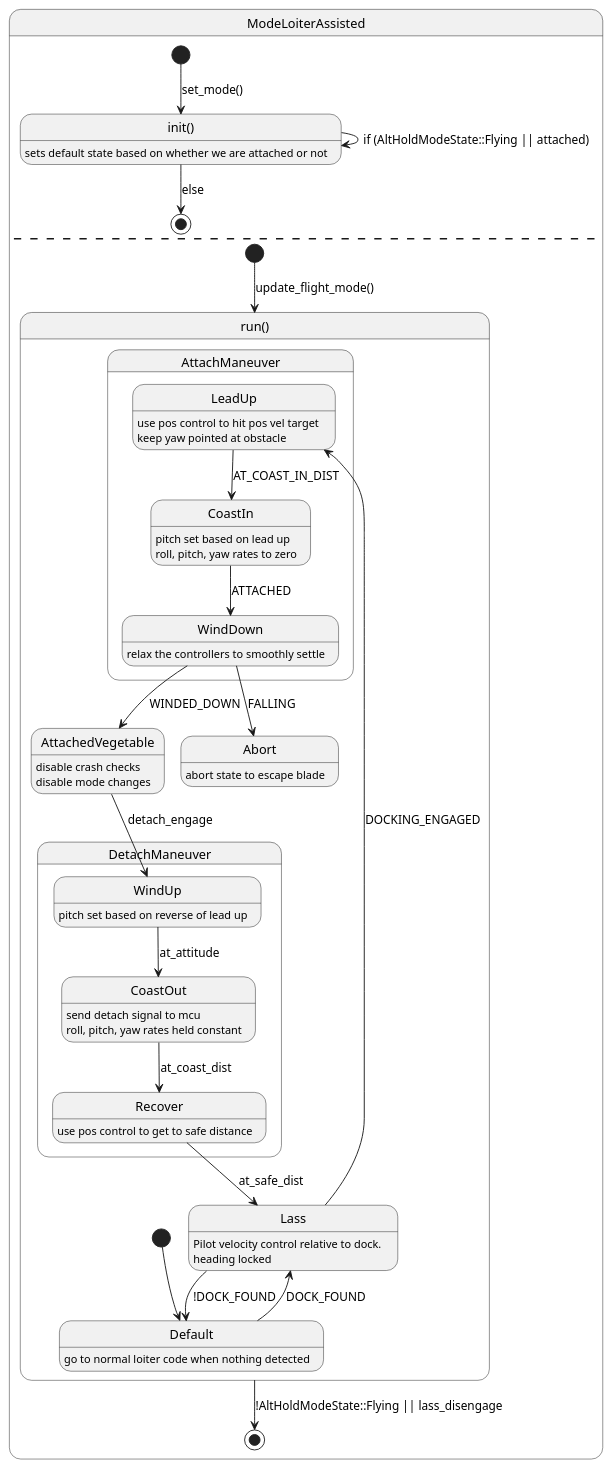
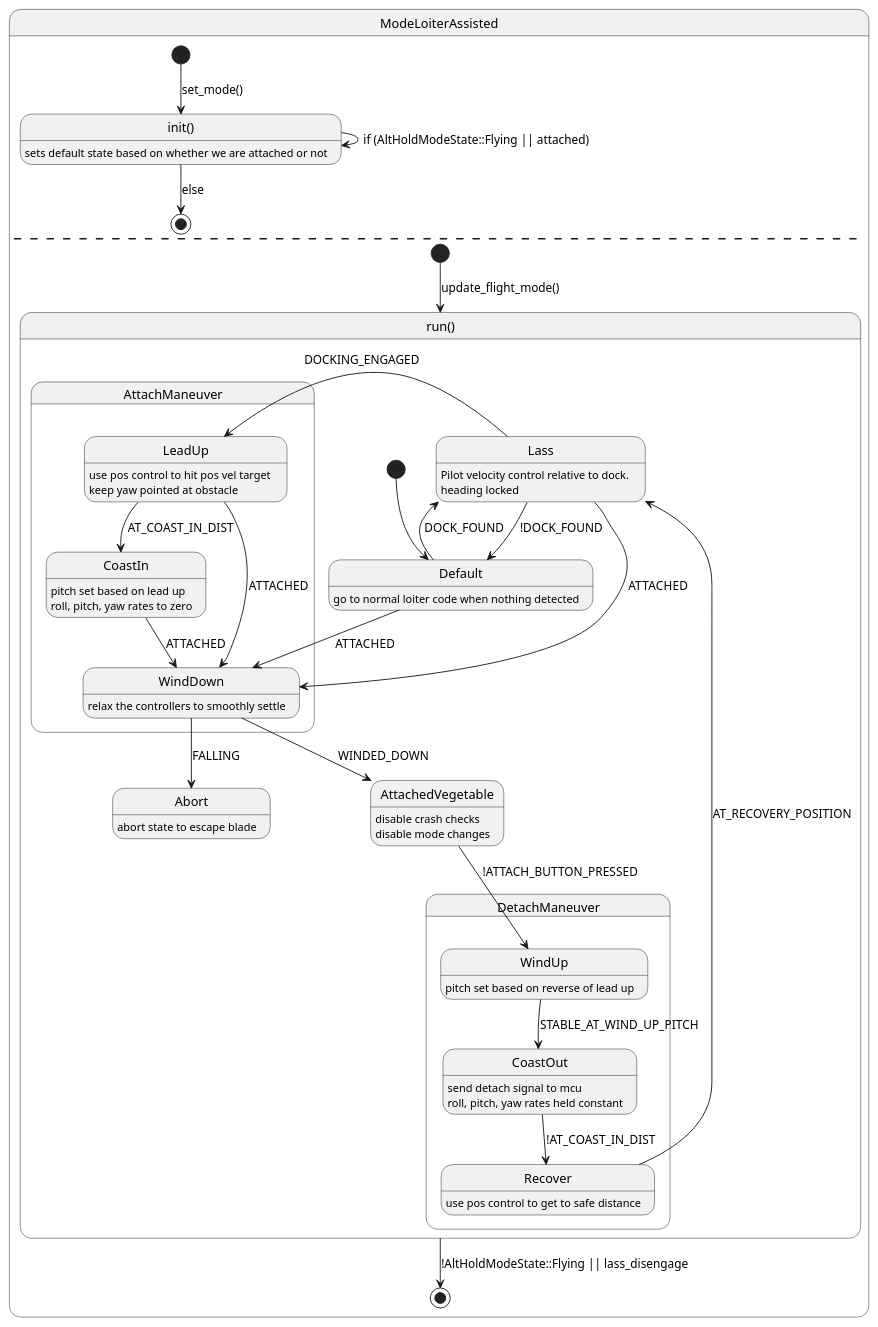
The diagram in notes/lass-state-machine.wsd (Persimia/ardupilot), drawn with PlantUML before and after one commit. The commit also changed 2 other files, not shown here.

```diff
--- a/notes/lass-state-machine.wsd
+++ b/notes/lass-state-machine.wsd
@@ -1,87 +1,90 @@
 @startuml Lass State Machine
 
 
 state ModeLoiterAssisted {
 
 ' States
 state "init()" as init: \
 sets default state based on whether we are attached or not
 
 ' Transitions
 [*] --> init : set_mode()
 init --> [*] : else
 init --> init : if (AltHoldModeState::Flying || attached)
 
 ' ==========================
 --
 
 state "run()" as run{
 
 ' States
 state Lass: \
 Pilot velocity control relative to dock. \n\
 heading locked
 
 State AttachManeuver {
 State LeadUp: \
 use pos control to hit pos vel target \n\
 keep yaw pointed at obstacle
 
 State CoastIn: \
 pitch set based on lead up \n\
 roll, pitch, yaw rates to zero
 
 State WindDown: \
 relax the controllers to smoothly settle
 }
 
 
 state AttachedVegetable: \
 disable crash checks \n\
 disable mode changes 
 
 State DetachManeuver {
 State WindUp: \
 pitch set based on reverse of lead up
 
 State CoastOut: \
 send detach signal to mcu \n\
 roll, pitch, yaw rates held constant
 
 State Recover: \
 use pos control to get to safe distance
 }
 
 State Default: \
 go to normal loiter code when nothing detected
 
 State Abort: \
 abort state to escape blade
 
 
 ' Transitions
 [*] --> Default
 Lass --> Default : !DOCK_FOUND
 Default --> Lass : DOCK_FOUND
+Default --> WindDown : ATTACHED
+Lass --> WindDown : ATTACHED
+LeadUp --> WindDown : ATTACHED
 ' [*] --> AttachedVegetable : attached
 Lass --> LeadUp : DOCKING_ENGAGED
 LeadUp --> CoastIn : AT_COAST_IN_DIST
 ' CoastIn --> Abort : timeout
 CoastIn --> WindDown : ATTACHED
 WindDown --> AttachedVegetable : WINDED_DOWN
 WindDown --> Abort : FALLING
-AttachedVegetable --> WindUp : detach_engage
-WindUp --> CoastOut : at_attitude
-CoastOut --> Recover : at_coast_dist
-Recover --> Lass : at_safe_dist
+AttachedVegetable --> WindUp : !ATTACH_BUTTON_PRESSED
+WindUp --> CoastOut : STABLE_AT_WIND_UP_PITCH
+CoastOut --> Recover : !AT_COAST_IN_DIST
+Recover --> Lass : AT_RECOVERY_POSITION
 
 
 }
 
 [*] --> run : update_flight_mode()
 run --> [*] : !AltHoldModeState::Flying || lass_disengage
 }
 
 
 
 @enduml
```
